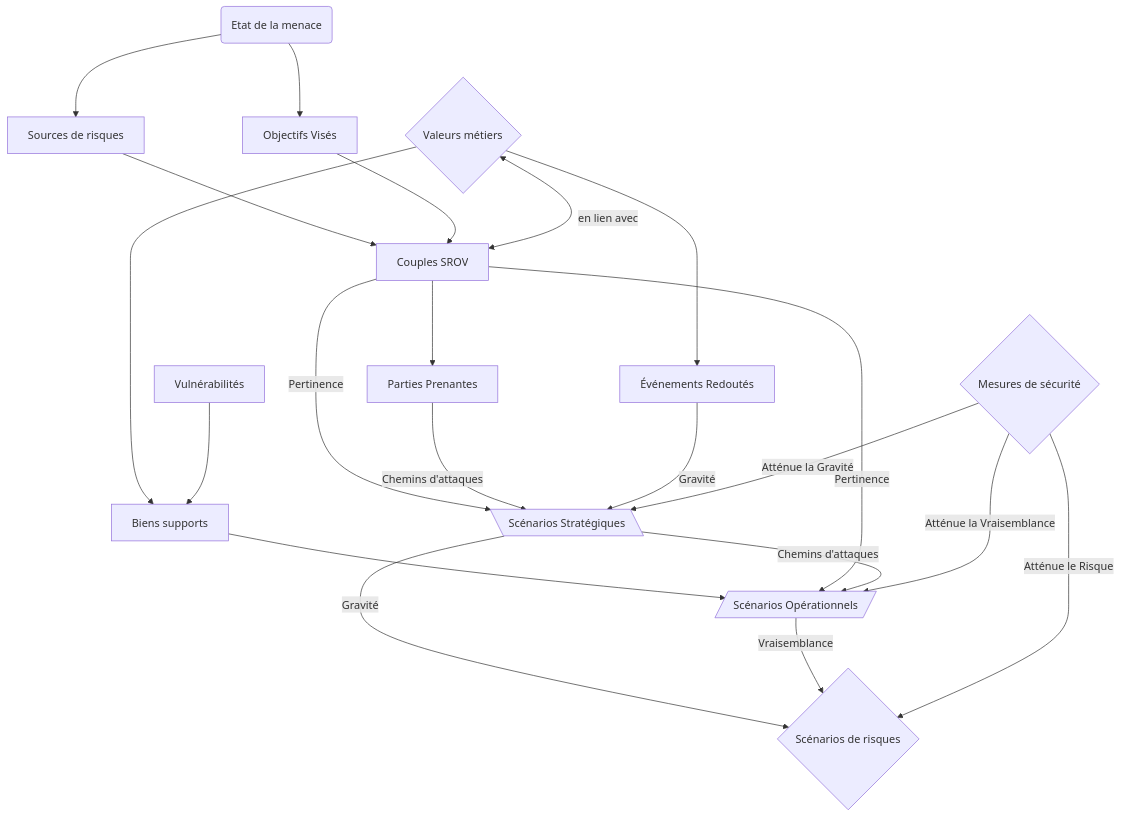
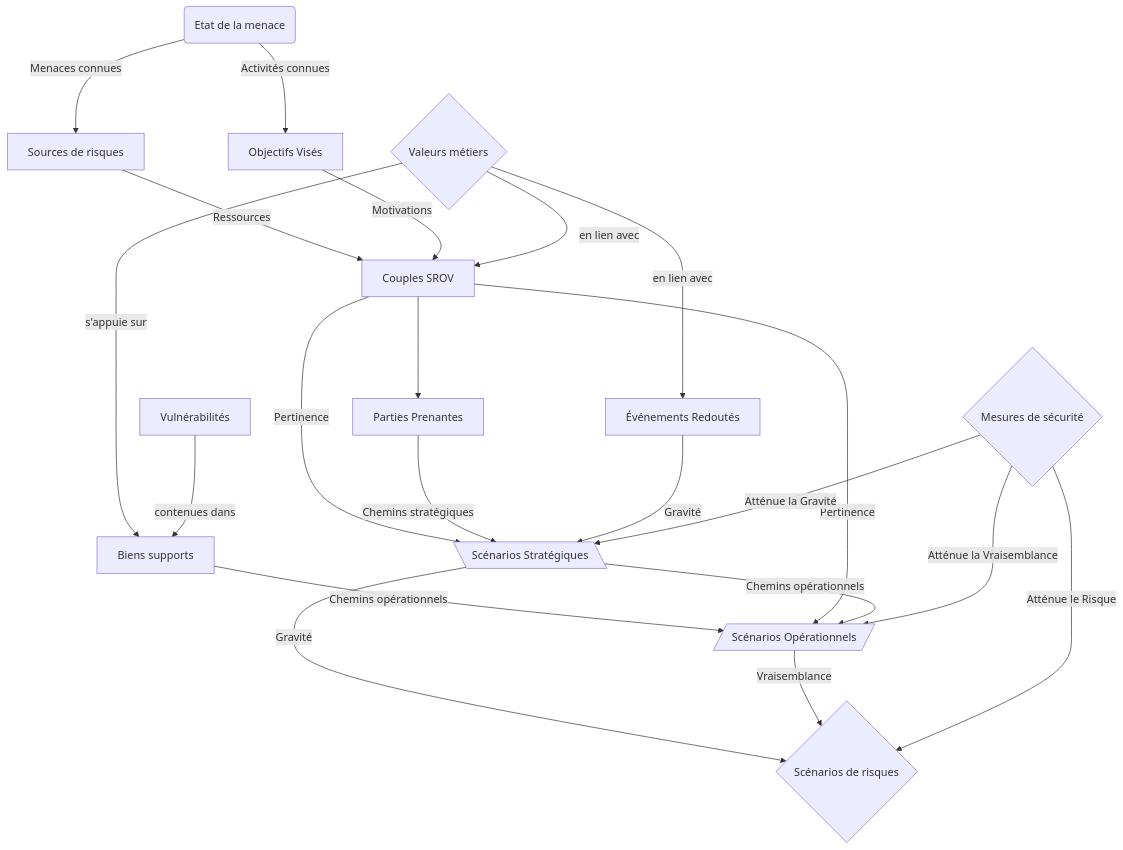
Before and after one commit to Aif4thah/Dojo-101: the second of 4 diagrams in Dojo-101-Governance/README.md, drawn with Mermaid. The commit also changed other lines of this file, not shown here.

Commit message:
revue EBIOS RM

````diff
--- a/Dojo-101-Governance/README.md
+++ b/Dojo-101-Governance/README.md
@@ -184,43 +184,43 @@
 ```mermaid
 flowchart TD
     
     0[Parties Prenantes]
     1{Valeurs métiers}
     2[Événements Redoutés]
-    1-->2
+    1-->| en lien avec|2
 
     3[Sources de risques]
     4[Objectifs Visés]
     5[Couples SROV]
-    3-->5
-    4-->5
+    3-->|Ressources|5
+    4-->|Motivations|5
     5-->0
-    1<-->|en lien avec|5
+    1-->|en lien avec|5
 
     6[Biens supports]
-    1-->6
+    1-->|s'appuie sur|6
     7[Vulnérabilités]
-    7-->6
-    6-->8
+    7-->|contenues dans|6
+    6-->|Chemins opérationnels|8
 
     8[/Scénarios Opérationnels/]
     9[\Scénarios Stratégiques\]
     5-->|Pertinence|8
     5-->|Pertinence|9
-    0-->|Chemins d'attaques|9
+    0-->|Chemins stratégiques|9
     2-->|Gravité|9
-    9-->|Chemins d'attaques|8
+    9-->|Chemins opérationnels|8
 
     10{Scénarios de risques}
     9-->|Gravité|10
     8-->|Vraisemblance|10
 
     20{Mesures de sécurité}
     20-->|Atténue la Vraisemblance|8
     20-->|Atténue la Gravité|9
     20-->|Atténue le Risque|10
 
     21(Etat de la menace)
-    21-->3
-    21-->4
+    21-->|Menaces connues|3
+    21-->|Activités connues|4
 ```
````
